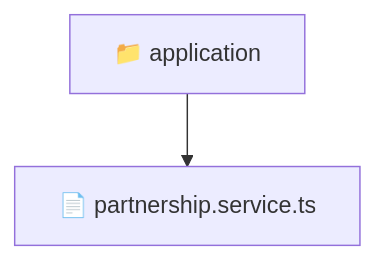
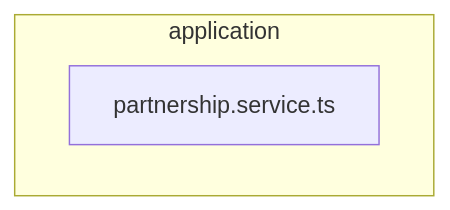
The diagram in backend/src/modules/partnership/application/README.md (beginwebdev2002/fullstack-mavluda), drawn with Mermaid before and after one commit. The commit also changed other lines of this file and 163 other files, not shown here.

````diff
--- a/backend/src/modules/partnership/application/README.md
+++ b/backend/src/modules/partnership/application/README.md
@@ -9,5 +15,6 @@
 ```mermaid
 graph TD
-  Root["📁 application"]
-  Root --> partnership_service_ts["📄 partnership.service.ts"]
+  subgraph application
+    partnership_service_ts["partnership.service.ts"]
+  end
 ```
````
